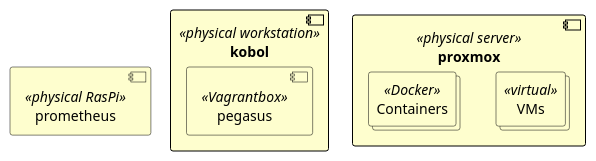
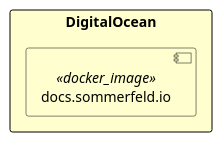
Before and after one commit to sebastian-sommerfeld-io/infrastructure: the diagram in docs/modules/ROOT/pages/index.adoc, drawn with PlantUML. The commit also changed other lines of this file and 1 other file, not shown here.

Commit message:
feat: generates diagram for terraform configuration

```diff
--- a/docs/modules/ROOT/pages/index.adoc
+++ b/docs/modules/ROOT/pages/index.adoc
@@ -44,36 +51,30 @@
 [plantuml, rendered-plantuml-image, svg]
 ----
 @startuml
 
 skinparam linetype ortho
 skinparam monochrome false
 skinparam componentStyle uml2
 skinparam backgroundColor transparent
 skinparam ArrowColor black
 skinparam FrameBackgroundColor #fff
 skinparam CollectionsBackgroundColor #fefece
 skinparam CollectionsBorderColor black
 skinparam ComponentBorderColor black
 skinparam ComponentBackgroundColor #fefece
+skinparam RectangleBorderColor black
+skinparam RectangleBackgroundColor #fefece
 skinparam QueueBorderColor black
 skinparam NoteBorderColor Grey
 skinparam NoteBackgroundColor #fdfdfd
 skinparam defaultTextAlignment center
 skinparam activity {
   FontName Ubuntu
 }
 
-component kobol <<physical workstation>> {
-    component pegasus <<Vagrantbox>>
+rectangle DigitalOcean {
+    component docs as "docs.sommerfeld.io" <<docker_image>>
 }
-
-component proxmox <<physical server>> {
-    collections VMs <<virtual>>
-    collections Containers <<Docker>>
-}
-
-component prometheus <<physical RasPi>>
-
 
 @enduml
 ----
```
